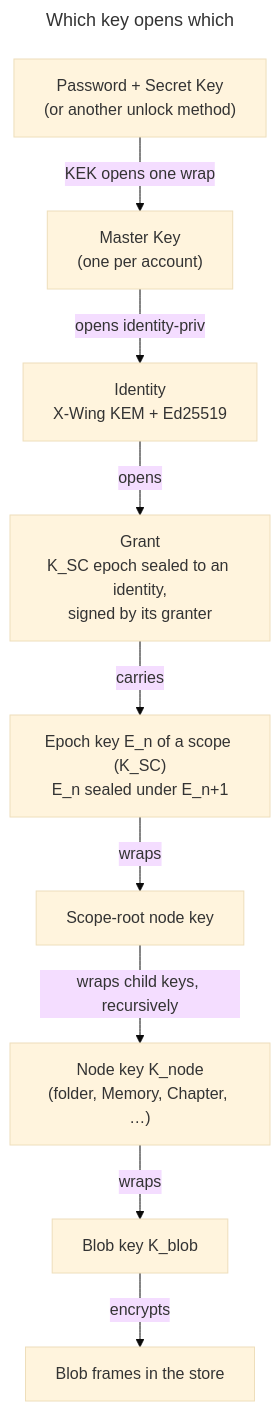
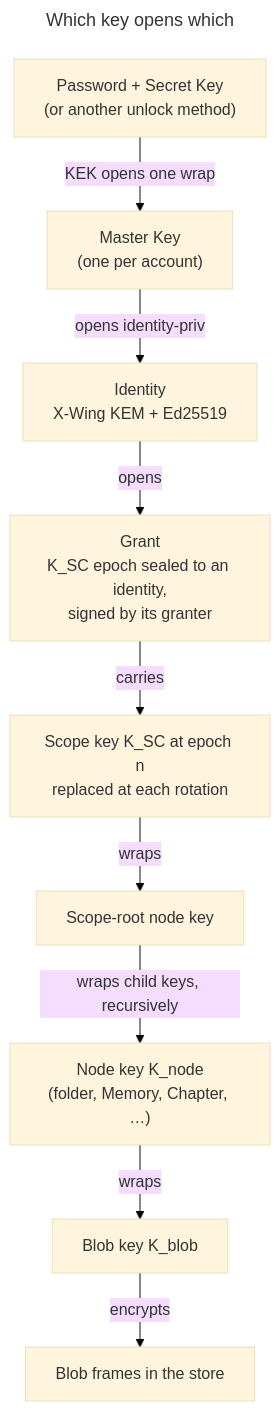
The first of 2 diagrams in docs/crosscutting/keys-grants-and-trust.md (raddatzk/veyq), drawn with Mermaid (base theme) before and after one commit. The commit also changed other lines of this file and 80 other files, not shown here.

````diff
--- a/docs/crosscutting/keys-grants-and-trust.md
+++ b/docs/crosscutting/keys-grants-and-trust.md
@@ -29,24 +29,24 @@
 ```mermaid
 ---
 title: Which key opens which
 ---
 flowchart TB
   pw["Password + Secret Key<br>(or another unlock method)"]
   mk["Master Key<br>(one per account)"]
   id["Identity<br>X-Wing KEM + Ed25519"]
   grant["Grant<br>K_SC epoch sealed to an identity,<br>signed by its granter"]
-  ep["Epoch key E_n of a scope (K_SC)<br>E_n sealed under E_n+1"]
+  ep["Scope key K_SC at epoch n<br>replaced at each rotation"]
   root["Scope-root node key"]
   node["Node key K_node<br>(folder, Memory, Chapter, …)"]
   blob["Blob key K_blob"]
   bytes["Blob frames in the store"]
 
   pw -->|"KEK opens one wrap"| mk
   mk -->|"opens identity-priv"| id
   id -->|"opens"| grant
   grant -->|"carries"| ep
   ep -->|"wraps"| root
   root -->|"wraps child keys, recursively"| node
   node -->|"wraps"| blob
   blob -->|"encrypts"| bytes
 ```
````
